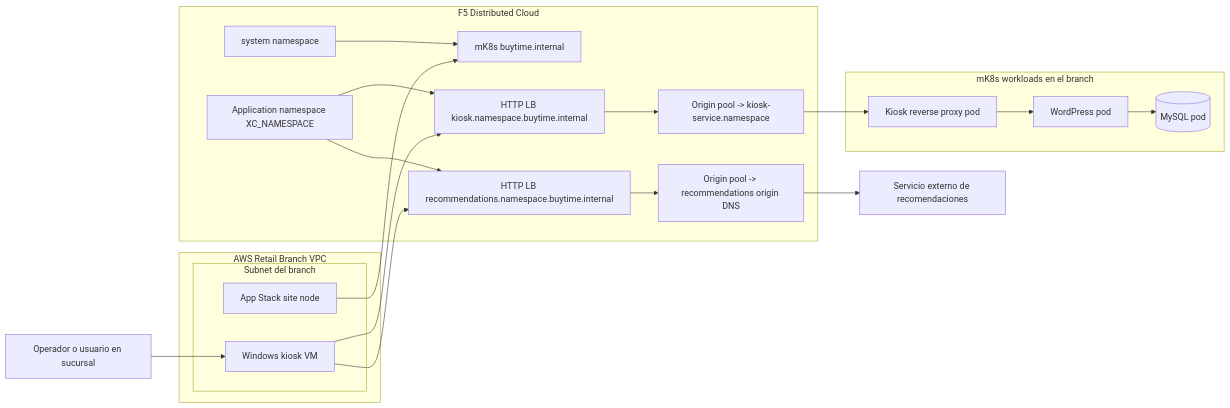
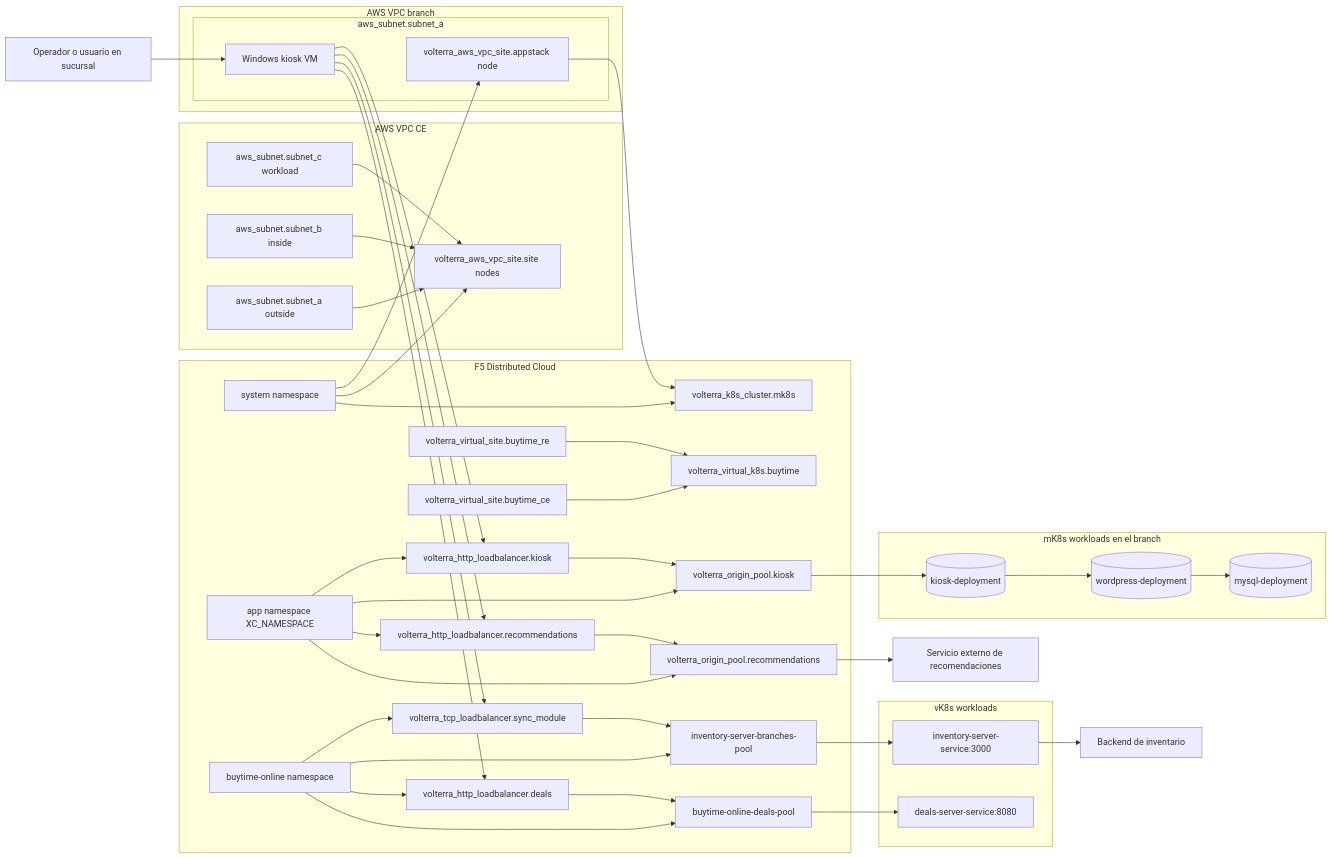
One commit to ocpdata/xcawsedgedemoguide changed the third of 15 diagrams in descripcion.md. Above: the diagram before and after it, drawn with Mermaid. The commit also changed other lines of this file, not shown here.

Commit message:
docs: refine deploy topology diagrams

````diff
--- a/descripcion.md
+++ b/descripcion.md
@@ -154,41 +159,82 @@
 flowchart LR
     Shopper[Operador o usuario en sucursal] --> KioskVM[Windows kiosk VM]
 
-    subgraph AWS[AWS Retail Branch VPC]
-        subgraph BranchSubnet[Subnet del branch]
-            AppStackNode[App Stack site node]
+    subgraph AWSBRANCH[AWS VPC branch]
+        subgraph BranchSubnet[aws_subnet.subnet_a]
+            AppStackNode[volterra_aws_vpc_site.appstack node]
             KioskVM
         end
     end
 
+    subgraph AWSCE[AWS VPC CE]
+        CEOutside[aws_subnet.subnet_a outside]
+        CEInside[aws_subnet.subnet_b inside]
+        CEWorkload[aws_subnet.subnet_c workload]
+        CESite[volterra_aws_vpc_site.site nodes]
+    end
+
     subgraph XC[F5 Distributed Cloud]
         SystemNS[system namespace]
-        AppNS[Application namespace XC_NAMESPACE]
-        MK8S[mK8s buytime.internal]
-        KioskLB[HTTP LB kiosk.namespace.buytime.internal]
-        RecLB[HTTP LB recommendations.namespace.buytime.internal]
-        KioskPool[Origin pool -> kiosk-service.namespace]
-        RecPool[Origin pool -> recommendations origin DNS]
+        AppNS[app namespace XC_NAMESPACE]
+        OnlineNS[buytime-online namespace]
+        MK8S[volterra_k8s_cluster.mk8s]
+        VSiteCE[volterra_virtual_site.buytime_ce]
+        VSiteRE[volterra_virtual_site.buytime_re]
+        VK8S[volterra_virtual_k8s.buytime]
+        KioskLB[volterra_http_loadbalancer.kiosk]
+        RecLB[volterra_http_loadbalancer.recommendations]
+        SyncLB[volterra_tcp_loadbalancer.sync_module]
+        DealsLB[volterra_http_loadbalancer.deals]
+        KioskPool[volterra_origin_pool.kiosk]
+        RecPool[volterra_origin_pool.recommendations]
+        SyncPool[inventory-server-branches-pool]
+        DealsPool[buytime-online-deals-pool]
     end
 
     subgraph MKSCOPE[mK8s workloads en el branch]
-        MySQL[(MySQL pod)]
-        WordPress[WordPress pod]
-        KioskProxy[Kiosk reverse proxy pod]
+        MySQL[(mysql-deployment)]
+        WordPress[(wordpress-deployment)]
+        KioskProxy[(kiosk-deployment)]
+    end
+
+    subgraph VKSCOPE[vK8s workloads]
+        InventorySvc[inventory-server-service:3000]
+        DealsSvc[deals-server-service:8080]
     end
 
     ExternalRec[Servicio externo de recomendaciones]
+    CentralInventory[Backend de inventario]
 
     SystemNS --> MK8S
+    SystemNS --> AppStackNode
+    SystemNS --> CESite
+    AppNS --> KioskPool
+    AppNS --> RecPool
+    OnlineNS --> SyncPool
+    OnlineNS --> DealsPool
     AppStackNode --> MK8S
+    VSiteCE --> VK8S
+    VSiteRE --> VK8S
     AppNS --> KioskLB
     AppNS --> RecLB
+    OnlineNS --> SyncLB
+    OnlineNS --> DealsLB
     KioskLB --> KioskPool
     RecLB --> RecPool
+    SyncLB --> SyncPool
+    DealsLB --> DealsPool
     KioskPool --> KioskProxy
     KioskProxy --> WordPress
     WordPress --> MySQL
     RecPool --> ExternalRec
+    SyncPool --> InventorySvc
+    DealsPool --> DealsSvc
+    InventorySvc --> CentralInventory
+    CEOutside --> CESite
+    CEInside --> CESite
+    CEWorkload --> CESite
     KioskVM --> KioskLB
     KioskVM --> RecLB
+    KioskVM --> SyncLB
+    KioskVM --> DealsLB
 ```
````
